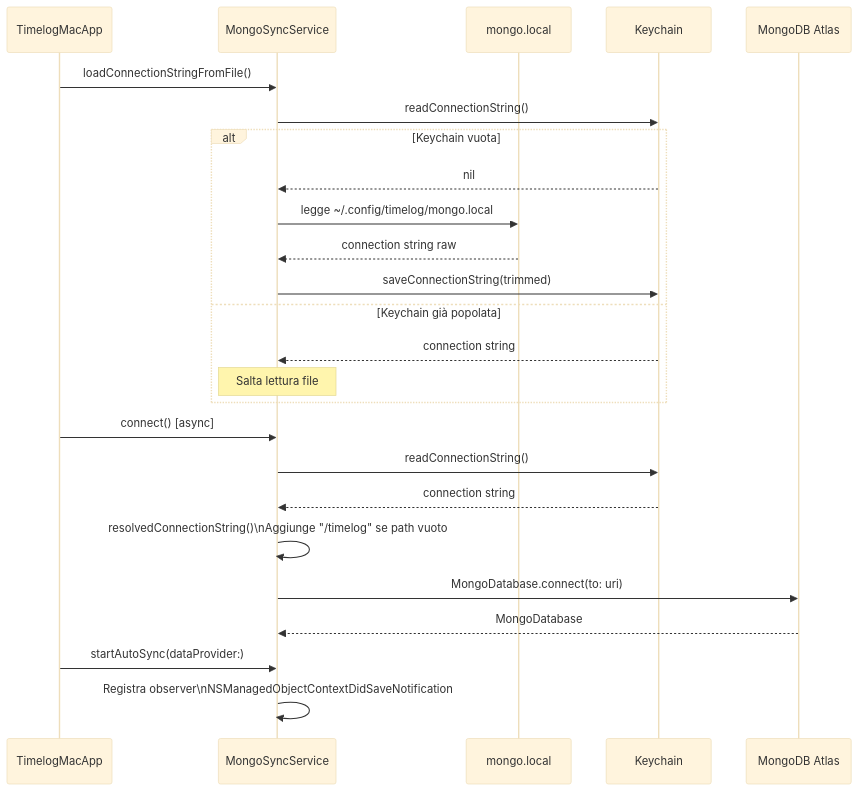
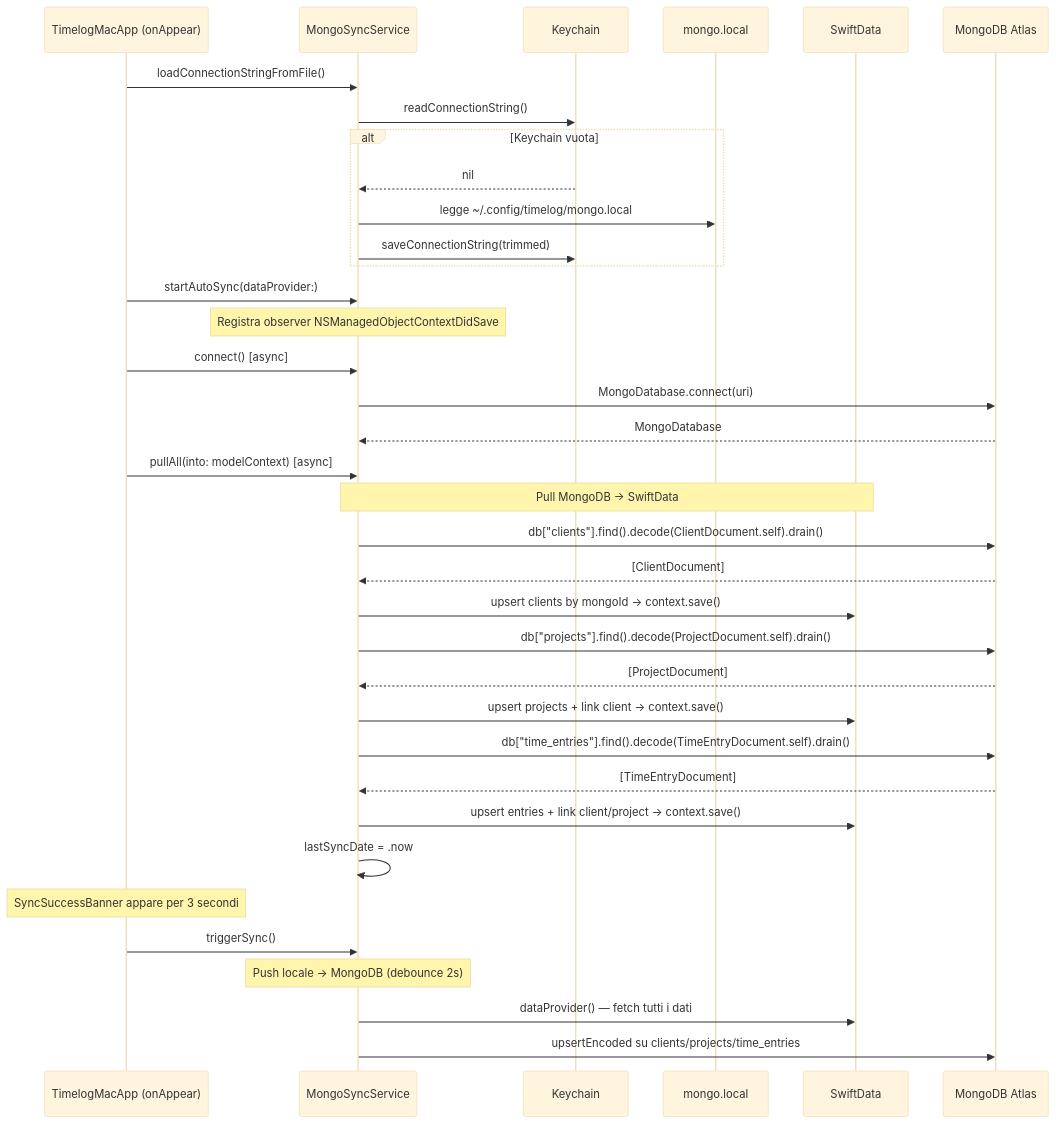
One commit to albertobarrago/timelog changed the second of 3 diagrams in docs/04-sync-mongodb.md. Above: the diagram before and after it, drawn with Mermaid (base theme). The commit also changed other lines of this file and 1 other file, not shown here.

Commit message:
docs: update sync docs with bidirectional flow and add App Store quality guidelines to CLAUDE.md

````diff
--- a/docs/04-sync-mongodb.md
+++ b/docs/04-sync-mongodb.md
@@ -34,30 +37,47 @@
 ```mermaid
 sequenceDiagram
-    participant App as TimelogMacApp
+    participant App as TimelogMacApp (onAppear)
     participant MSS as MongoSyncService
+    participant KCH as Keychain
     participant File as mongo.local
-    participant KCH as Keychain
+    participant SD as SwiftData
     participant MDB as MongoDB Atlas
 
     App->>MSS: loadConnectionStringFromFile()
     MSS->>KCH: readConnectionString()
     alt Keychain vuota
         KCH-->>MSS: nil
         MSS->>File: legge ~/.config/timelog/mongo.local
-        File-->>MSS: connection string raw
         MSS->>KCH: saveConnectionString(trimmed)
-    else Keychain già popolata
-        KCH-->>MSS: connection string
-        Note over MSS: Salta lettura file
     end
 
+    App->>MSS: startAutoSync(dataProvider:)
+    Note over MSS: Registra observer NSManagedObjectContextDidSave
+
     App->>MSS: connect() [async]
-    MSS->>KCH: readConnectionString()
-    KCH-->>MSS: connection string
-    MSS->>MSS: resolvedConnectionString()\nAggiunge "/timelog" se path vuoto
-    MSS->>MDB: MongoDatabase.connect(to: uri)
+    MSS->>MDB: MongoDatabase.connect(uri)
     MDB-->>MSS: MongoDatabase
 
-    App->>MSS: startAutoSync(dataProvider:)
-    MSS->>MSS: Registra observer\nNSManagedObjectContextDidSaveNotification
+    App->>MSS: pullAll(into: modelContext) [async]
+    Note over MSS,SD: Pull MongoDB → SwiftData
+
+    MSS->>MDB: db["clients"].find().decode(ClientDocument.self).drain()
+    MDB-->>MSS: [ClientDocument]
+    MSS->>SD: upsert clients by mongoId → context.save()
+
+    MSS->>MDB: db["projects"].find().decode(ProjectDocument.self).drain()
+    MDB-->>MSS: [ProjectDocument]
+    MSS->>SD: upsert projects + link client → context.save()
+
+    MSS->>MDB: db["time_entries"].find().decode(TimeEntryDocument.self).drain()
+    MDB-->>MSS: [TimeEntryDocument]
+    MSS->>SD: upsert entries + link client/project → context.save()
+
+    MSS->>MSS: lastSyncDate = .now
+    Note over App: SyncSuccessBanner appare per 3 secondi
+
+    App->>MSS: triggerSync()
+    Note over MSS: Push locale → MongoDB (debounce 2s)
+    MSS->>SD: dataProvider() — fetch tutti i dati
+    MSS->>MDB: upsertEncoded su clients/projects/time_entries
 ```
````
